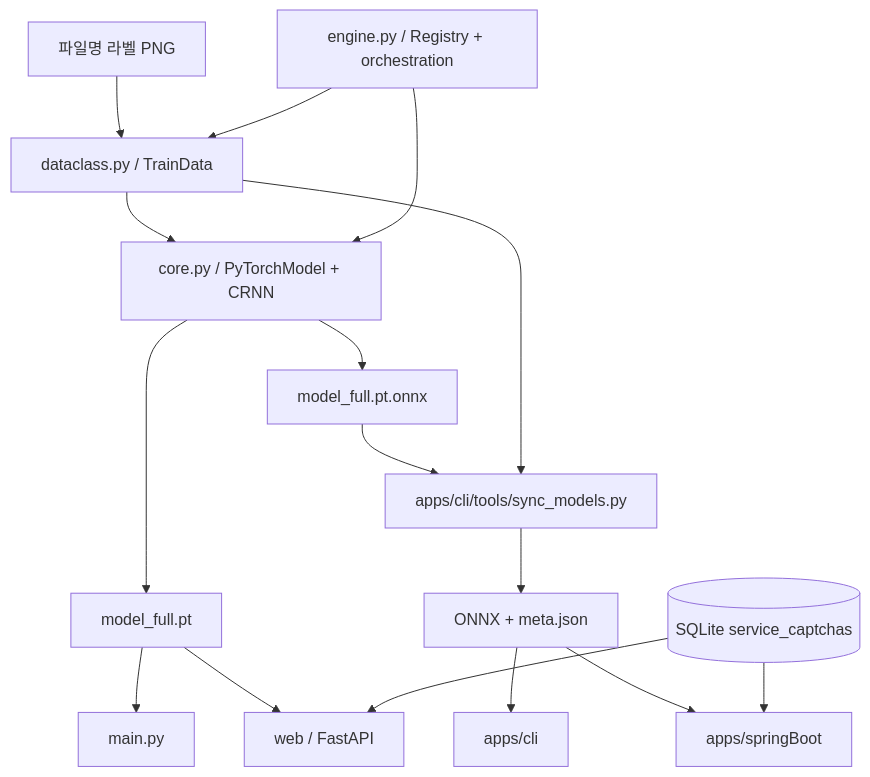
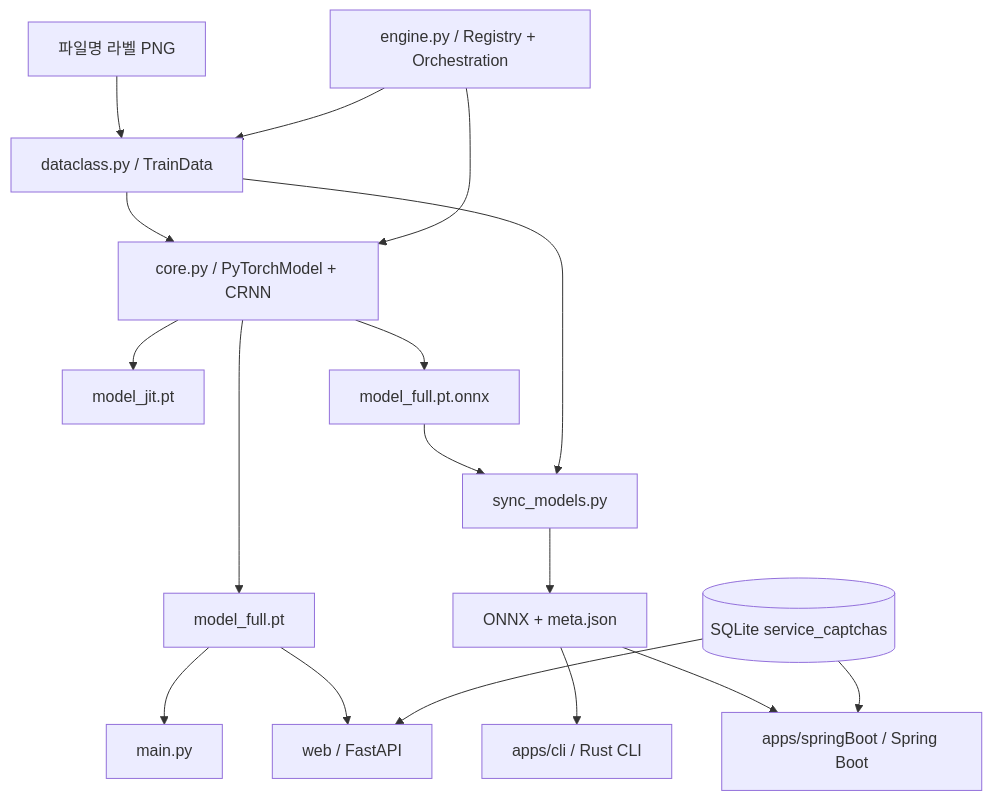
One commit to itsocool/captcha-solver changed the first of 2 diagrams in docs/codebase-analysis.md. Above: the diagram before and after it, drawn with Mermaid. The commit also changed other lines of this file and 2 other files, not shown here.

````diff
--- a/docs/codebase-analysis.md
+++ b/docs/codebase-analysis.md
@@ -9,18 +19,19 @@
 ```mermaid
 graph TD
     Images[파일명 라벨 PNG] --> TD[dataclass.py / TrainData]
     TD --> Core[core.py / PyTorchModel + CRNN]
-    Engine[engine.py / Registry + orchestration] --> TD
+    Engine[engine.py / Registry + Orchestration] --> TD
     Engine --> Core
     Core --> PT[model_full.pt]
+    Core --> JIT[model_jit.pt]
     Core --> ONNX[model_full.pt.onnx]
-    PT --> PythonCLI[main.py]
+    PT --> CLIpy[main.py]
     PT --> FastAPI[web / FastAPI]
-    ONNX --> Sync[apps/cli/tools/sync_models.py]
+    ONNX --> Sync[sync_models.py]
     TD --> Sync
     Sync --> Portable[ONNX + meta.json]
-    Portable --> Rust[apps/cli]
-    Portable --> Spring[apps/springBoot]
+    Portable --> Rust[apps/cli / Rust CLI]
+    Portable --> Spring[apps/springBoot / Spring Boot]
     DB[(SQLite service_captchas)] --> FastAPI
     DB --> Spring
 ```
````
